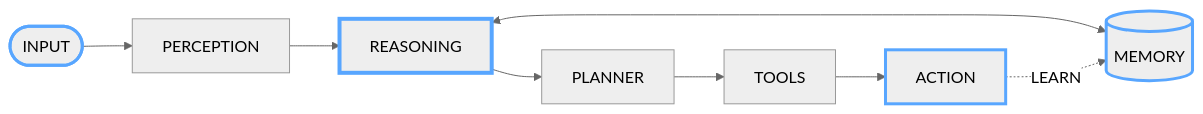
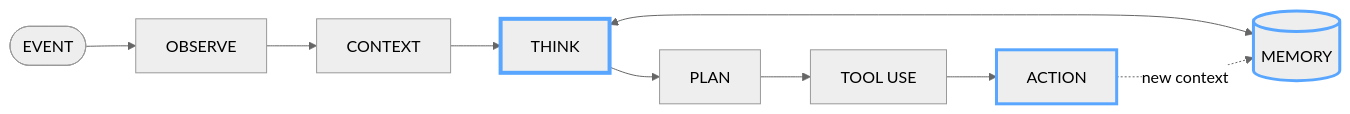
One commit to Harish-ai-dev/Harish-ai-dev changed the fifth of 8 diagrams in README.md. Above: the diagram before and after it, drawn with Mermaid (neutral theme). The commit also changed other lines of this file, not shown here.

Commit message:
Update README with new sections and diagrams

````diff
--- a/README.md
+++ b/README.md
@@ -140,24 +165,28 @@
-```mermaid id="c1r6x8"
+```mermaid id="z7m3c8"
 flowchart LR
 
-    INPUT(["INPUT"])
-    PERCEPTION["PERCEPTION"]
-    REASONING["REASONING"]
+    EVENT(["EVENT"])
+
+    OBSERVE["OBSERVE"]
+    CONTEXT["CONTEXT"]
     MEMORY[("MEMORY")]
-    PLANNER["PLANNER"]
-    TOOLS["TOOLS"]
+    THINK["THINK"]
+    PLAN["PLAN"]
+    TOOL["TOOL USE"]
     ACTION["ACTION"]
 
-    INPUT --> PERCEPTION
-    PERCEPTION --> REASONING
-    REASONING <--> MEMORY
-    REASONING --> PLANNER
-    PLANNER --> TOOLS
-    TOOLS --> ACTION
-    ACTION -. LEARN .-> MEMORY
+    EVENT --> OBSERVE
+    OBSERVE --> CONTEXT
+    CONTEXT --> THINK
 
-    style INPUT stroke:#58A6FF,stroke-width:3px
-    style REASONING stroke:#58A6FF,stroke-width:4px
+    THINK <--> MEMORY
+    THINK --> PLAN
+    PLAN --> TOOL
+    TOOL --> ACTION
+
+    ACTION -. new context .-> MEMORY
+
+    style THINK stroke:#58A6FF,stroke-width:4px
     style MEMORY stroke:#58A6FF,stroke-width:3px
     style ACTION stroke:#58A6FF,stroke-width:3px
 ```
````
